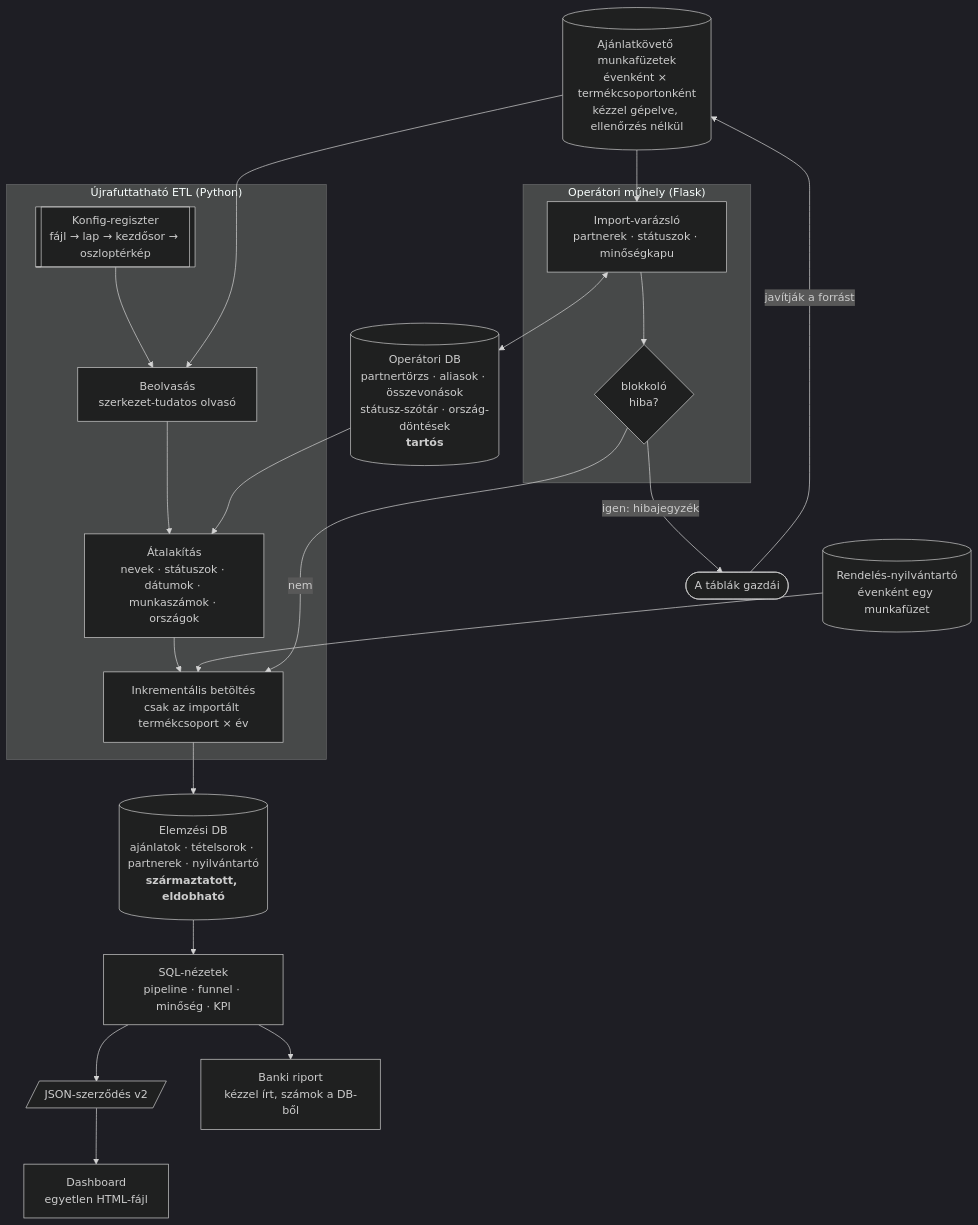
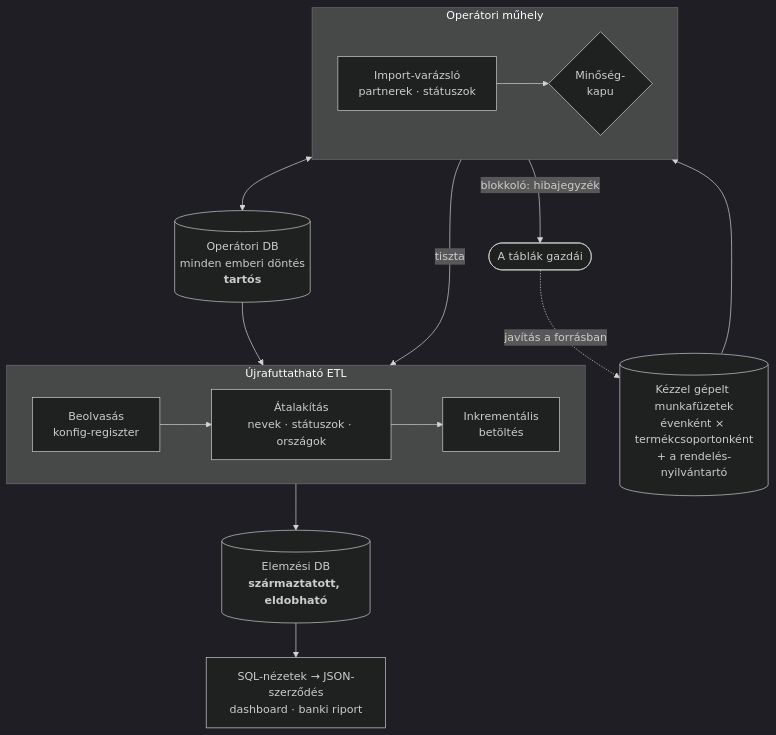
The diagram in docs/hu/00-at-a-glance.md (krisztianpettner/sales-data-etl-case-study), drawn with Mermaid (dark theme) before and after one commit. The commit also changed 1 other file, not shown here.

Commit message:
docs: compact the at-a-glance diagram

````diff
--- a/docs/hu/00-at-a-glance.md
+++ b/docs/hu/00-at-a-glance.md
@@ -7,38 +7,27 @@
 ```mermaid
 flowchart TB
-    XL[(Ajánlatkövető munkafüzetek<br/>évenként × termékcsoportonként<br/>kézzel gépelve, ellenőrzés nélkül)]
-    REG[(Rendelés-nyilvántartó<br/>évenként egy munkafüzet)]
+    SRC[(Kézzel gépelt munkafüzetek<br/>évenként × termékcsoportonként<br/>+ a rendelés-nyilvántartó)]
+    OWN([A táblák gazdái])
 
-    subgraph ETL["Újrafuttatható ETL (Python)"]
-        CFG[[Konfig-regiszter<br/>fájl → lap → kezdősor → oszloptérkép]]
-        EX[Beolvasás<br/>szerkezet-tudatos olvasó]
-        TR[Átalakítás<br/>nevek · státuszok · dátumok · munkaszámok · országok]
-        LD[Inkrementális betöltés<br/>csak az importált termékcsoport × év]
-        CFG --> EX --> TR --> LD
+    subgraph OPS["Operátori műhely"]
+        direction LR
+        WIZ[Import-varázsló<br/>partnerek · státuszok] --> GATE{Minőség-<br/>kapu}
     end
 
-    subgraph OPS["Operátori műhely (Flask)"]
-        WIZ[Import-varázsló<br/>partnerek · státuszok · minőségkapu]
-        GATE{blokkoló<br/>hiba?}
-        WIZ --> GATE
+    subgraph ETL["Újrafuttatható ETL"]
+        direction LR
+        EX[Beolvasás<br/>konfig-regiszter] --> TR[Átalakítás<br/>nevek · státuszok · országok] --> LD[Inkrementális<br/>betöltés]
     end
 
-    ODB[(Operátori DB<br/>partnertörzs · aliasok · összevonások<br/>státusz-szótár · ország-döntések<br/><b>tartós</b>)]
-    DDB[(Elemzési DB<br/>ajánlatok · tételsorok · partnerek · nyilvántartó<br/><b>származtatott, eldobható</b>)]
-    V[SQL-nézetek<br/>pipeline · funnel · minőség · KPI]
-    J[/JSON-szerződés v2/]
-    OUT1[Dashboard<br/>egyetlen HTML-fájl]
-    OUT2[Banki riport<br/>kézzel írt, számok a DB-ből]
-    OWN([A táblák gazdái])
+    ODB[(Operátori DB<br/>minden emberi döntés<br/><b>tartós</b>)]
+    DDB[(Elemzési DB<br/><b>származtatott, eldobható</b>)]
+    OUT[SQL-nézetek → JSON-szerződés<br/>dashboard · banki riport]
 
-    XL --> EX
-    REG --> LD
-    XL --> WIZ
+    SRC --> WIZ
+    GATE -->|blokkoló: hibajegyzék| OWN
+    OWN -.->|javítás a forrásban| SRC
+    GATE -->|tiszta| EX
     WIZ <--> ODB
     ODB --> TR
-    GATE -->|igen: hibajegyzék| OWN
-    OWN -->|javítják a forrást| XL
-    GATE -->|nem| LD
-    LD --> DDB --> V --> J --> OUT1
-    V --> OUT2
+    LD --> DDB --> OUT
 ```
````
